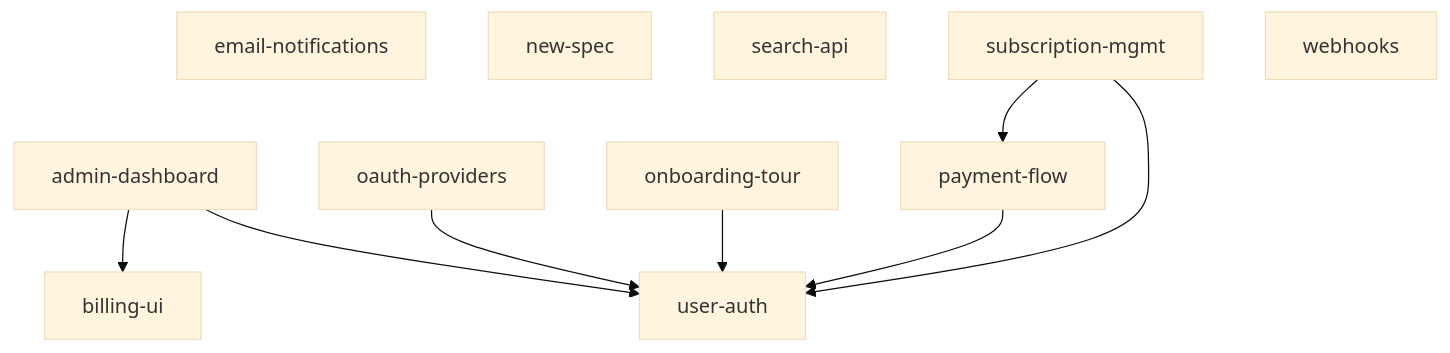
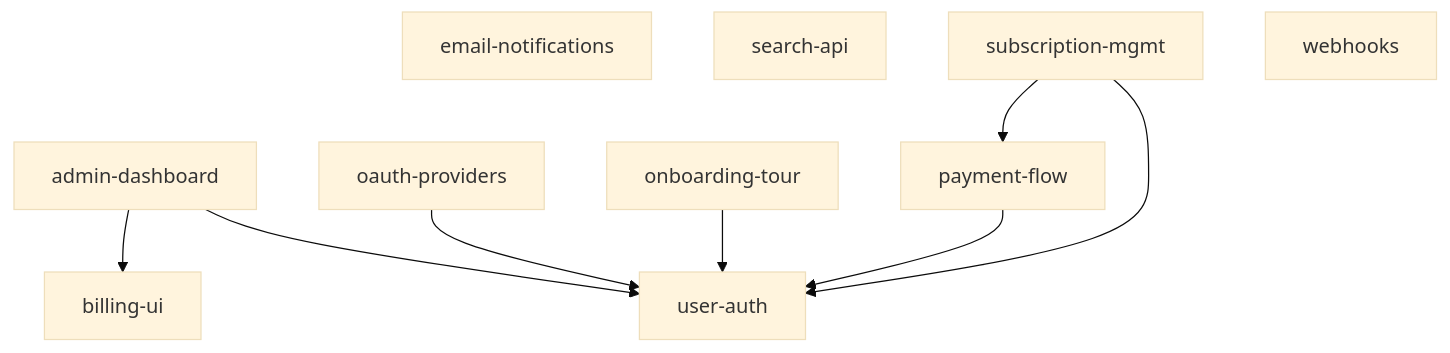
One commit to morrieinmaas/zettelgeist changed the diagram in examples/demo/specs/INDEX.md. Above: the diagram before and after it, drawn with Mermaid (base theme). The commit also changed other lines of this file and 2 other files, not shown here.

Commit message:
[zg] delete-spec: new-spec

````diff
--- a/examples/demo/specs/INDEX.md
+++ b/examples/demo/specs/INDEX.md
@@ -21,21 +20,20 @@
 ```mermaid
 graph TD
   admin-dashboard
   billing-ui
   email-notifications
-  new-spec
   oauth-providers
   onboarding-tour
   payment-flow
   search-api
   subscription-mgmt
   user-auth
   webhooks
   admin-dashboard --> billing-ui
   admin-dashboard --> user-auth
   oauth-providers --> user-auth
   onboarding-tour --> user-auth
   payment-flow --> user-auth
   subscription-mgmt --> payment-flow
   subscription-mgmt --> user-auth
 ```
````
